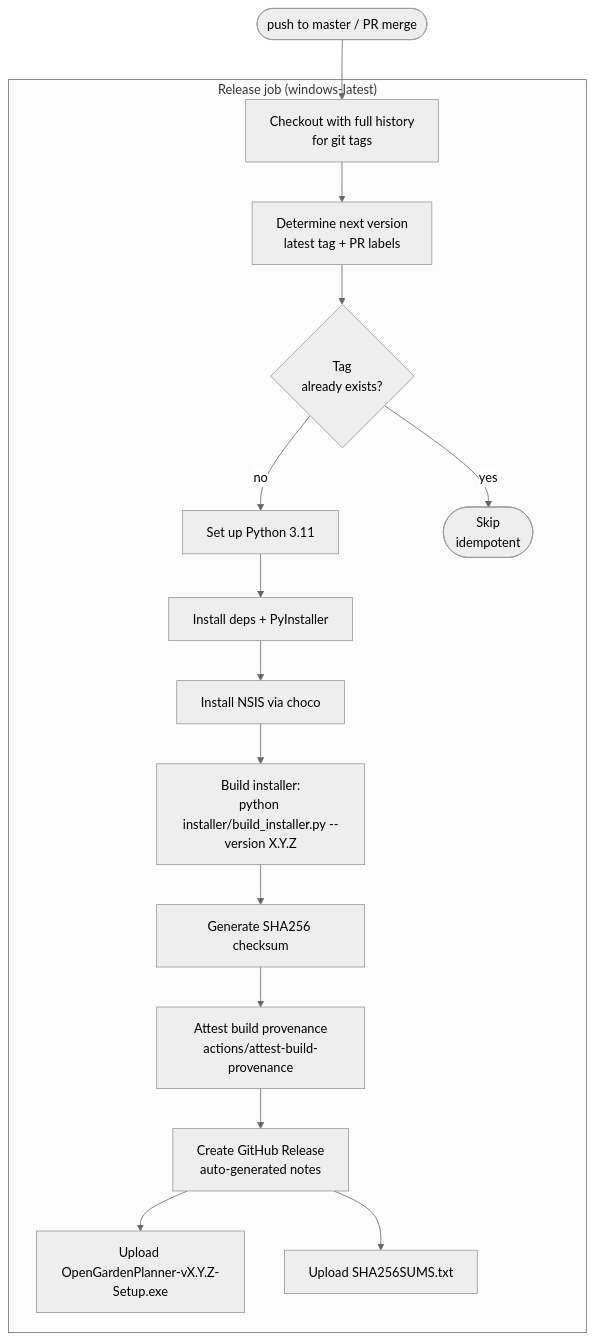
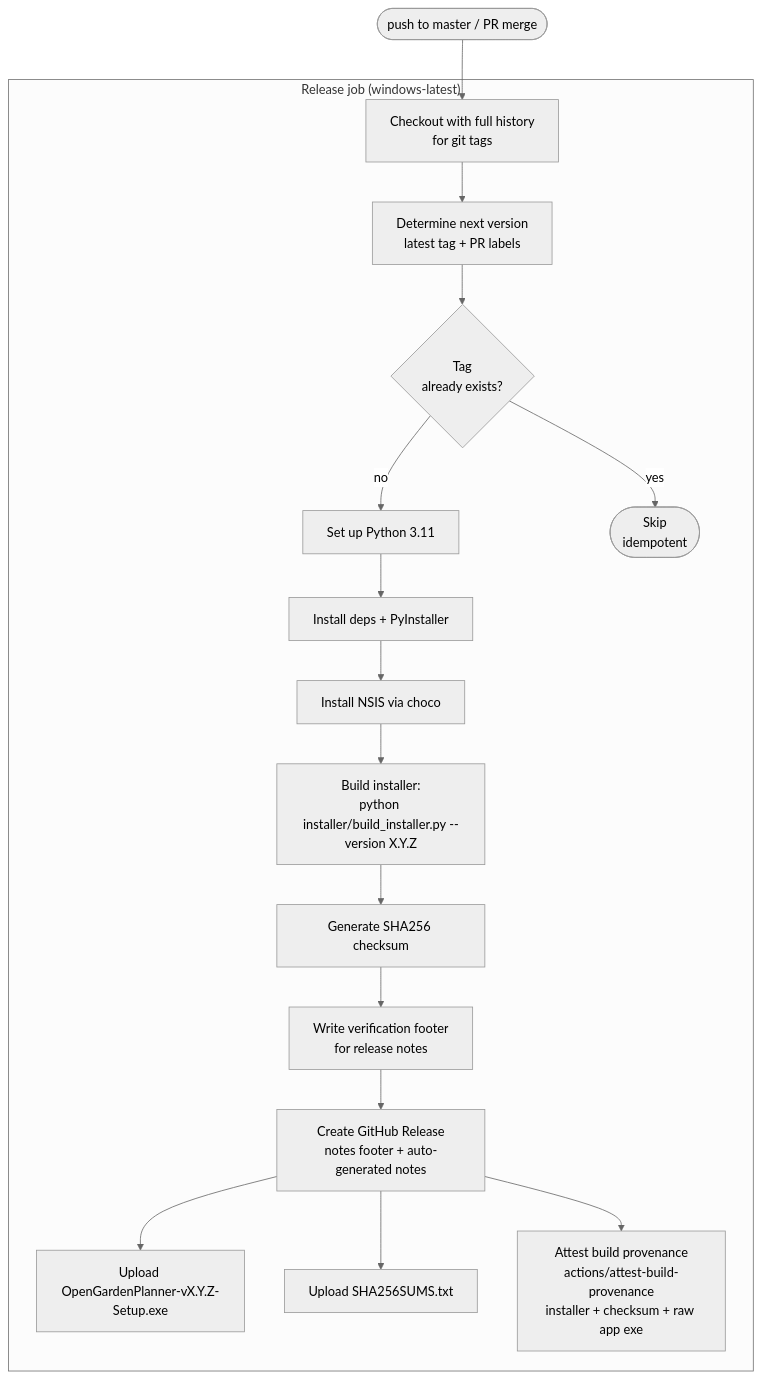
The third of 3 diagrams in docs/07-deployment-view/README.md (cofade/open-garden-planner), drawn with Mermaid (neutral theme) before and after one commit. The commit also changed other lines of this file and 8 other files, not shown here.

````diff
--- a/docs/07-deployment-view/README.md
+++ b/docs/07-deployment-view/README.md
@@ -219,27 +229,29 @@
 ```mermaid
 flowchart TD
     Trigger(["push to master / PR merge"])
     subgraph Job["Release job (windows-latest)"]
         R1[Checkout with full history<br/>for git tags]
         R2[Determine next version<br/>latest tag + PR labels]
         R3{Tag<br/>already exists?}
         R4[Set up Python 3.11]
         R5[Install deps + PyInstaller]
         R6[Install NSIS via choco]
         R7["Build installer:<br/>python installer/build_installer.py --version X.Y.Z"]
         R8[Generate SHA256 checksum]
-        R8b["Attest build provenance<br/>actions/attest-build-provenance"]
-        R9[Create GitHub Release<br/>auto-generated notes]
+        R8b[Write verification footer<br/>for release notes]
+        R9[Create GitHub Release<br/>notes footer + auto-generated notes]
         R10a[Upload OpenGardenPlanner-vX.Y.Z-Setup.exe]
         R10b[Upload SHA256SUMS.txt]
+        R11["Attest build provenance<br/>actions/attest-build-provenance<br/>installer + checksum + raw app exe"]
         Skip([Skip<br/>idempotent])
 
         R1 --> R2 --> R3
         R3 -->|yes| Skip
         R3 -->|no| R4 --> R5 --> R6 --> R7 --> R8 --> R8b --> R9
         R9 --> R10a
         R9 --> R10b
+        R9 --> R11
     end
 
     Trigger --> R1
 ```
````
